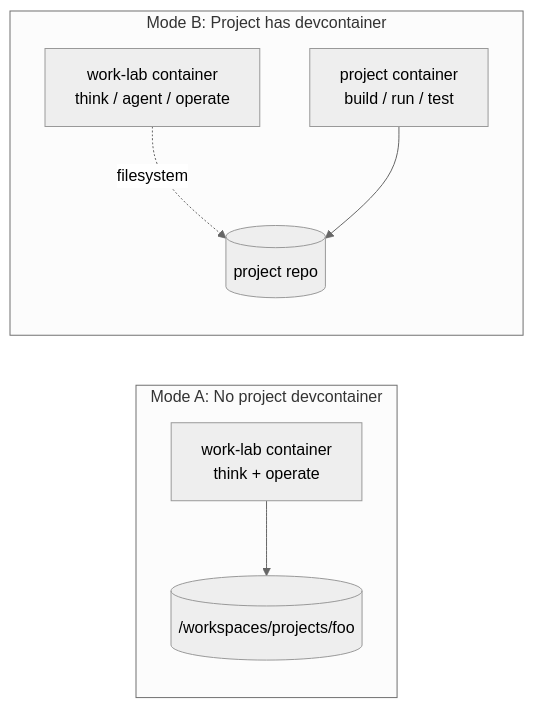
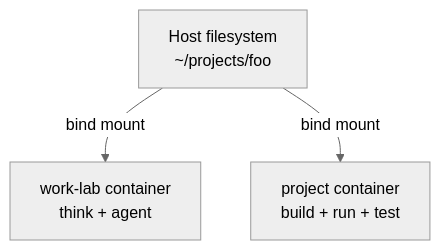
One commit to modern-tooling/work-lab changed the second of 2 diagrams in README.md. Above: the diagram before and after it, drawn with Mermaid (neutral theme). The commit also changed other lines of this file and 9 other files, not shown here.

````diff
--- a/README.md
+++ b/README.md
@@ -30,11 +81,8 @@
 ```mermaid
-flowchart LR
-    subgraph modeA ["Mode A: No project devcontainer"]
-        A1[work-lab container<br/>think + operate] --> A2[("/workspaces/projects/foo")]
-    end
-
-    subgraph modeB ["Mode B: Project has devcontainer"]
-        B1[work-lab container<br/>think / agent / operate] -.->|"filesystem"| B3[(project repo)]
-        B2[project container<br/>build / run / test] --> B3
-    end
+flowchart TB
+    Host[Host filesystem<br/>~/projects/foo]
+    WL[work-lab container<br/>think + agent]
+    Proj[project container<br/>build + run + test]
+    Host -->|bind mount| WL
+    Host -->|bind mount| Proj
 ```
````
